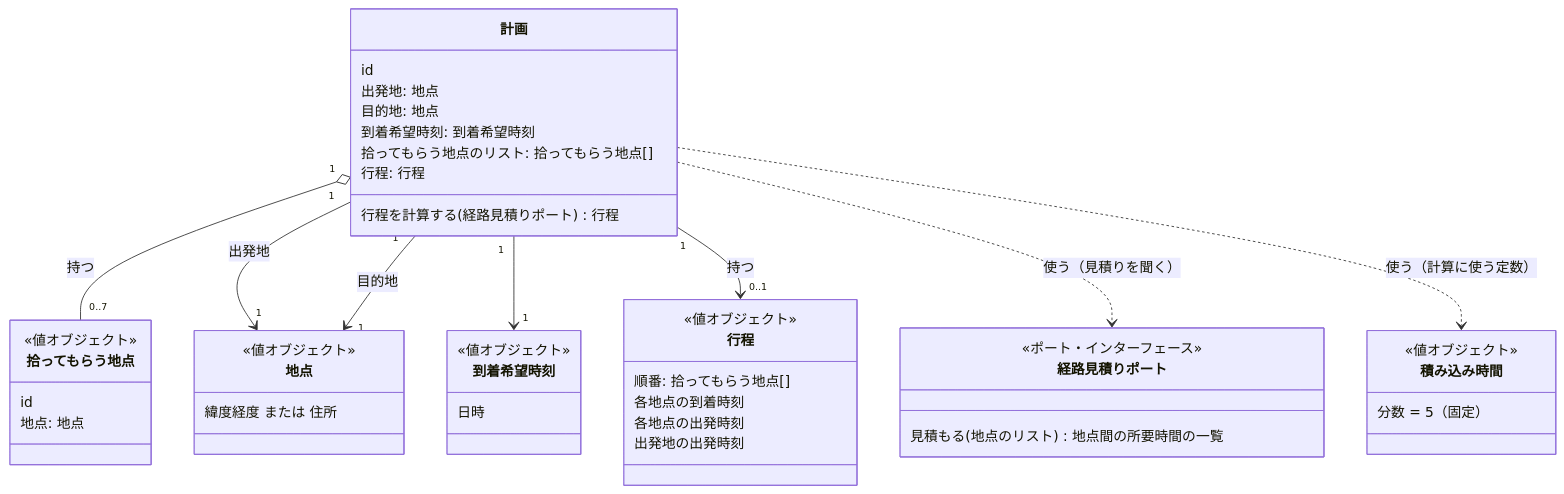
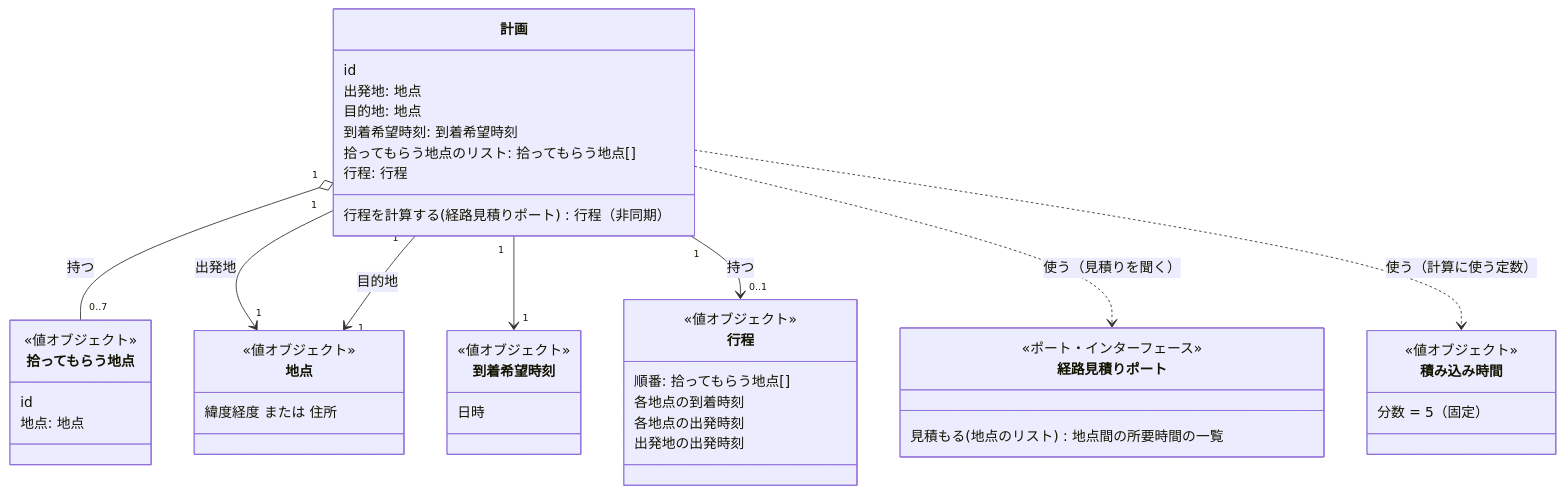
The diagram in docs/design/02-how.md (kkaiz-dev/pickup-planner), drawn with Mermaid before and after one commit. The commit also changed other lines of this file and 16 other files, not shown here.

````diff
--- a/docs/design/02-how.md
+++ b/docs/design/02-how.md
@@ -11,54 +11,54 @@
 ```mermaid
 classDiagram
     class 計画 {
       id
       出発地: 地点
       目的地: 地点
       到着希望時刻: 到着希望時刻
       拾ってもらう地点のリスト: 拾ってもらう地点[]
       行程: 行程
-      行程を計算する(経路見積りポート) 行程
+      行程を計算する(経路見積りポート) 行程（非同期）
     }
 
     class 地点 {
       <<値オブジェクト>>
       緯度経度 または 住所
     }
 
     class 拾ってもらう地点 {
       <<値オブジェクト>>
       id
       地点: 地点
     }
 
     class 到着希望時刻 {
       <<値オブジェクト>>
       日時
     }
 
     class 積み込み時間 {
       <<値オブジェクト>>
       分数 = 5（固定）
     }
 
     class 行程 {
       <<値オブジェクト>>
       順番: 拾ってもらう地点[]
       各地点の到着時刻
       各地点の出発時刻
       出発地の出発時刻
     }
 
     class 経路見積りポート {
       <<ポート・インターフェース>>
       見積もる(地点のリスト) 地点間の所要時間の一覧
     }
 
     計画 "1" o-- "0..7" 拾ってもらう地点 : 持つ
     計画 "1" --> "1" 地点 : 出発地
     計画 "1" --> "1" 地点 : 目的地
     計画 "1" --> "1" 到着希望時刻
     計画 "1" --> "0..1" 行程 : 持つ
     計画 ..> 経路見積りポート : 使う（見積りを聞く）
     計画 ..> 積み込み時間 : 使う（計算に使う定数）
 ```
````
